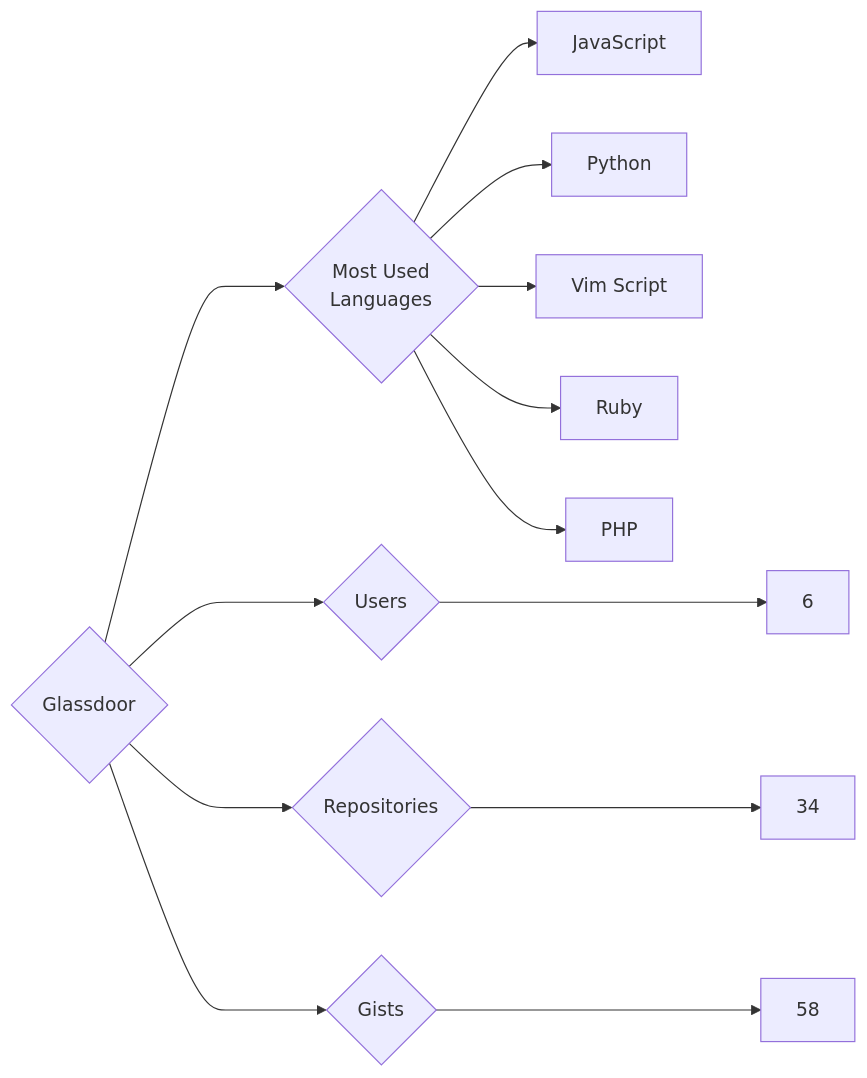
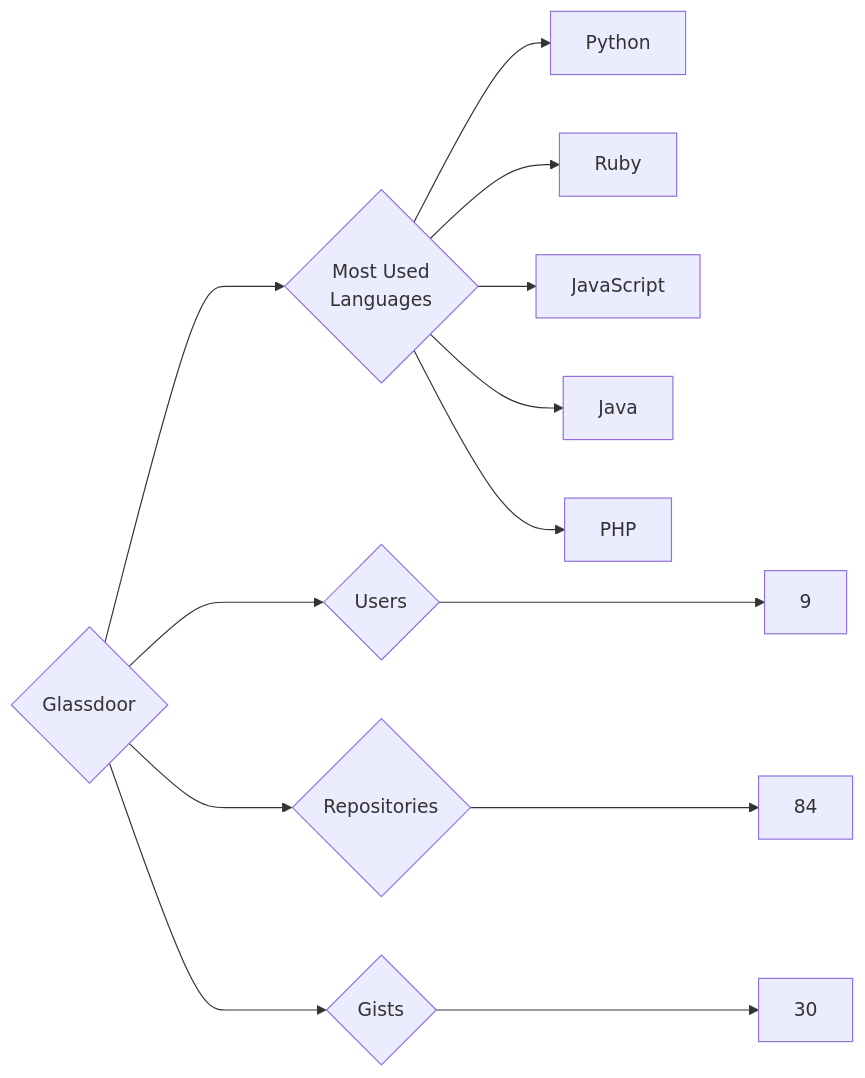
One commit to trickest/insiders changed the diagram in targets/Glassdoor/README.md. Above: the diagram before and after it, drawn with Mermaid. The commit also changed 1166 other files, not shown here.

````diff
--- a/targets/Glassdoor/README.md
+++ b/targets/Glassdoor/README.md
@@ -3,13 +3,13 @@
 ```mermaid
 graph LR
 COMPANY_NAME{Glassdoor}
-COMPANY_NAME ---> U{Users} ---> UN[6]
-COMPANY_NAME ---> R{Repositories} ---> RN[34]
-COMPANY_NAME ---> G{Gists} ---> GN[58]
+COMPANY_NAME ---> U{Users} ---> UN[9]
+COMPANY_NAME ---> R{Repositories} ---> RN[84]
+COMPANY_NAME ---> G{Gists} ---> GN[30]
 COMPANY_NAME ---> ML{Most Used<br>Languages}
+ML --> Python[Python]
+ML --> Ruby[Ruby]
 ML --> JavaScript[JavaScript]
-ML --> Python[Python]
-ML --> Vim_Script[Vim Script]
-ML --> Ruby[Ruby]
+ML --> Java[Java]
 ML --> PHP[PHP]
 ```
````
